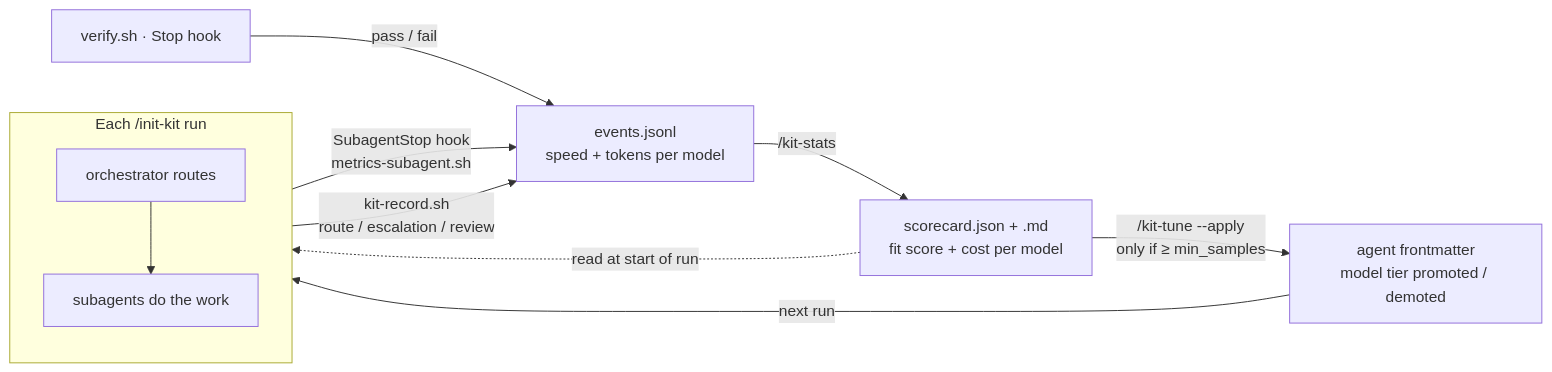
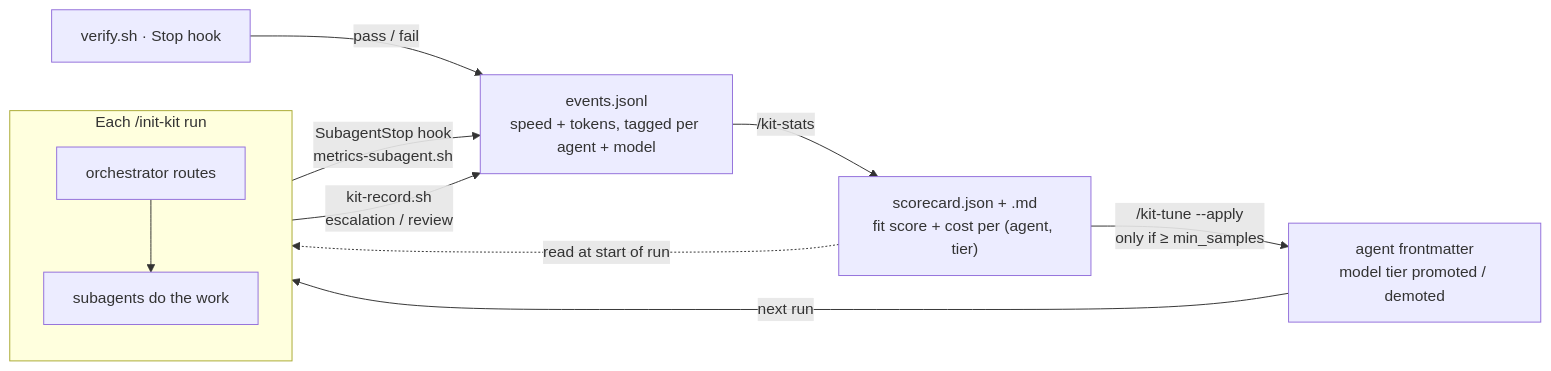
The sixth of 6 diagrams in README.md (slenderman2511/AgentAutoKit), drawn with Mermaid before and after one commit. The commit also changed other lines of this file and 1 other file, not shown here.

First line of the commit message:
docs: document v2 workflow and record pick-tour as the kit's reference

````diff
--- a/README.md
+++ b/README.md
@@ -423,14 +490,14 @@
 ```mermaid
 flowchart LR
   subgraph RUN["Each /init-kit run"]
     direction TB
     OR["orchestrator routes"] --> SUB["subagents do the work"]
   end
-  SUB -->|"SubagentStop hook<br/>metrics-subagent.sh"| EV["events.jsonl<br/>speed + tokens per model"]
-  OR -->|"kit-record.sh<br/>route / escalation / review"| EV
+  SUB -->|"SubagentStop hook<br/>metrics-subagent.sh"| EV["events.jsonl<br/>speed + tokens, tagged per agent + model"]
+  OR -->|"kit-record.sh<br/>escalation / review"| EV
   VER["verify.sh · Stop hook"] -->|"pass / fail"| EV
-  EV -->|"/kit-stats"| SC["scorecard.json + .md<br/>fit score + cost per model"]
+  EV -->|"/kit-stats"| SC["scorecard.json + .md<br/>fit score + cost per (agent, tier)"]
   SC -->|"/kit-tune --apply<br/>only if ≥ min_samples"| FM["agent frontmatter<br/>model tier promoted / demoted"]
   FM -->|"next run"| OR
   SC -.->|"read at start of run"| OR
 ```
````
